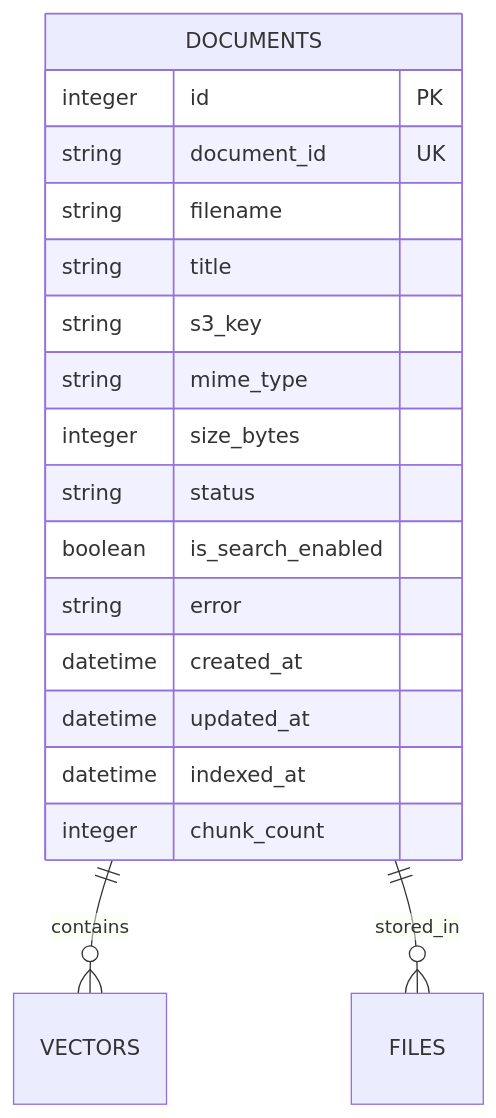
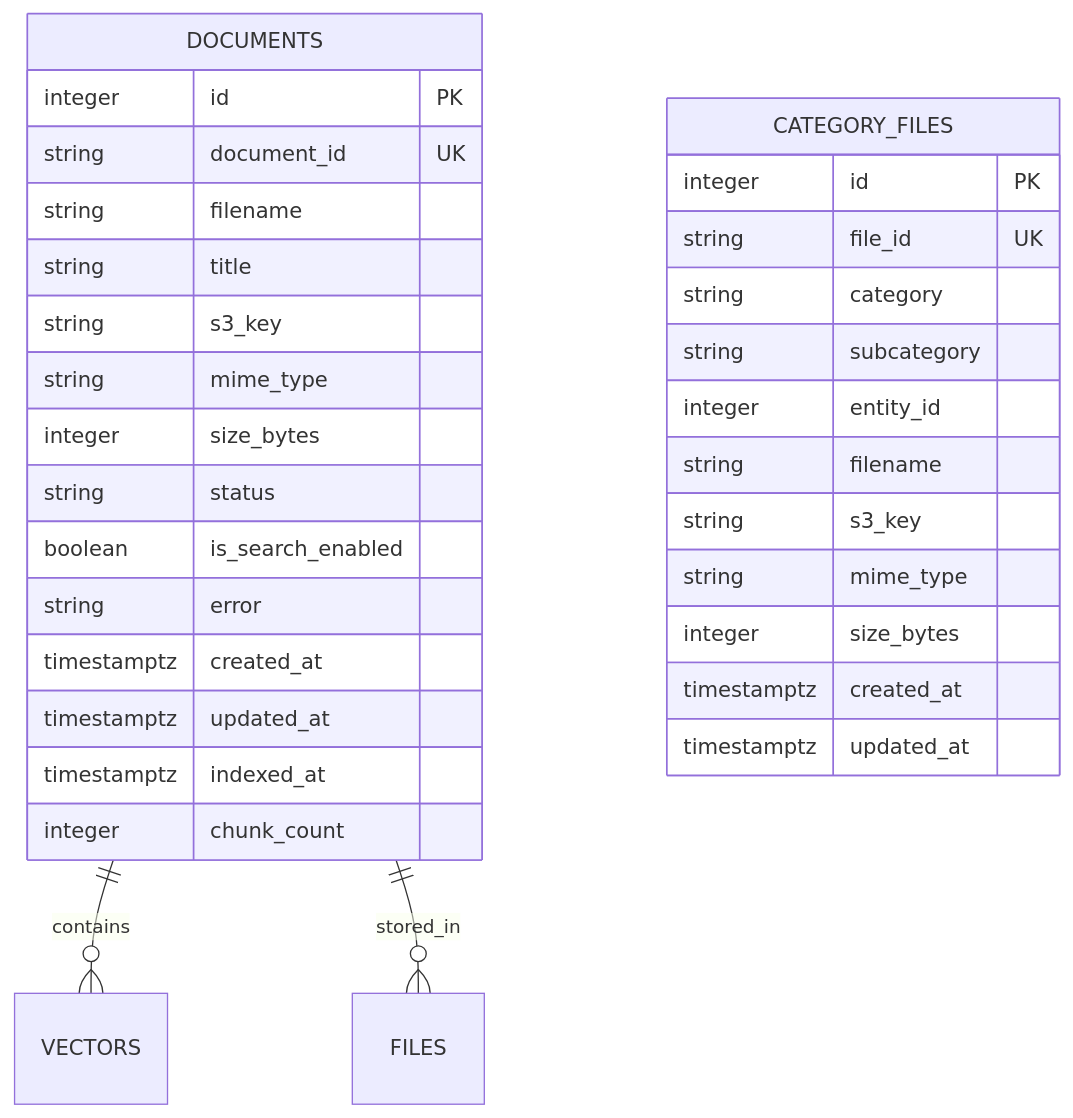
One commit to ognelis/cafetera_hr_bot changed diagram 23 of 26 in .qoder/repowiki/en/content/Document Management System.md. Above: the diagram before and after it, drawn with Mermaid. The commit also changed other lines of this file and 13 other files, not shown here.

````diff
--- a/.qoder/repowiki/en/content/Document Management System.md
+++ b/.qoder/repowiki/en/content/Document Management System.md
@@ -2362,21 +2416,34 @@
 ```mermaid
 erDiagram
 DOCUMENTS {
 integer id PK
 string document_id UK
 string filename
 string title
 string s3_key
 string mime_type
 integer size_bytes
 string status
 boolean is_search_enabled
 string error
-datetime created_at
-datetime updated_at
-datetime indexed_at
+timestamptz created_at
+timestamptz updated_at
+timestamptz indexed_at
 integer chunk_count
+}
+CATEGORY_FILES {
+integer id PK
+string file_id UK
+string category
+string subcategory
+integer entity_id
+string filename
+string s3_key
+string mime_type
+integer size_bytes
+timestamptz created_at
+timestamptz updated_at
 }
 DOCUMENTS ||--o{ VECTORS : contains
 DOCUMENTS ||--o{ FILES : stored_in
 ```
````
